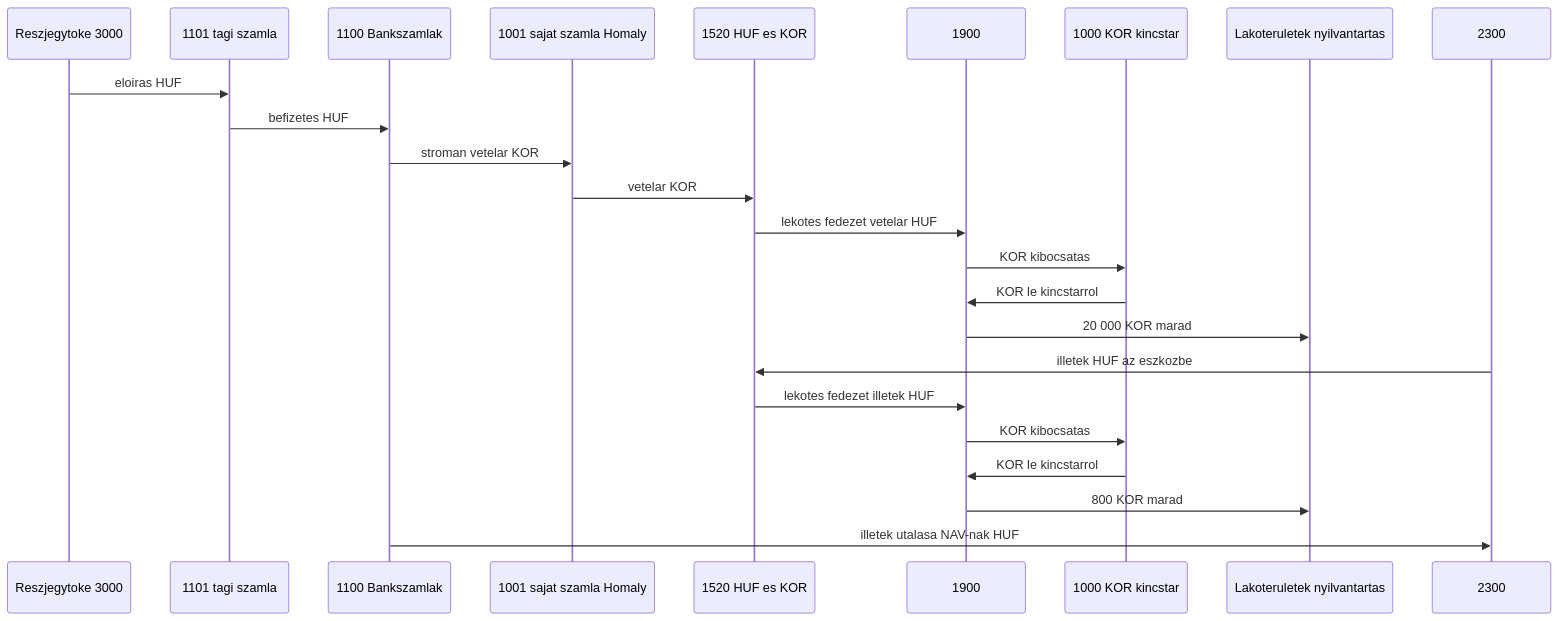
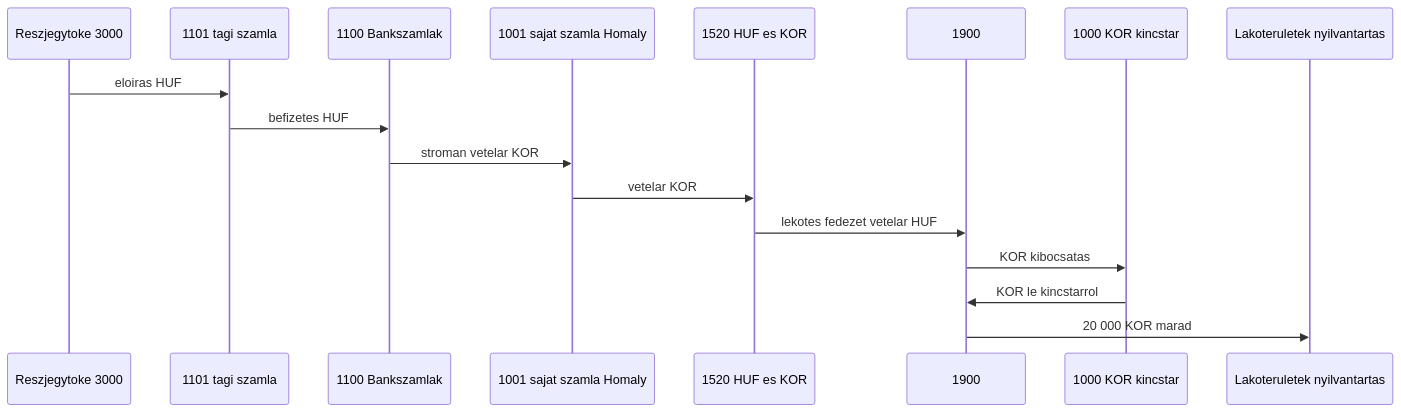
One commit to pitiboy/curr changed the fourth of 15 diagrams in docs/transaction-workflow.md. Above: the diagram before and after it, drawn with Mermaid. The commit also changed other lines of this file and 4 other files, not shown here.

````diff
--- a/docs/transaction-workflow.md
+++ b/docs/transaction-workflow.md
@@ -255,27 +247,20 @@
 ```mermaid
 sequenceDiagram
   participant Toke as Reszjegytoke 3000
   participant Tag as 1101 tagi szamla
   participant Bank as 1100 Bankszamlak
   participant Sajat as 1001 sajat szamla Homaly
   participant Ingatlan as 1520 HUF es KOR
   participant Atv as 1900
   participant Kt as 1000 KOR kincstar
   participant Nyilv as Lakoteruletek nyilvantartas
-  participant Ado as 2300
 
   Toke->>Tag: eloiras HUF
   Tag->>Bank: befizetes HUF
   Bank->>Sajat: stroman vetelar KOR
   Sajat->>Ingatlan: vetelar KOR
   Ingatlan->>Atv: lekotes fedezet vetelar HUF
   Atv->>Kt: KOR kibocsatas
   Kt->>Atv: KOR le kincstarrol
   Atv->>Nyilv: 20 000 KOR marad
-  Ado->>Ingatlan: illetek HUF az eszkozbe
-  Ingatlan->>Atv: lekotes fedezet illetek HUF
-  Atv->>Kt: KOR kibocsatas
-  Kt->>Atv: KOR le kincstarrol
-  Atv->>Nyilv: 800 KOR marad
-  Bank->>Ado: illetek utalasa NAV-nak HUF
 ```
````
